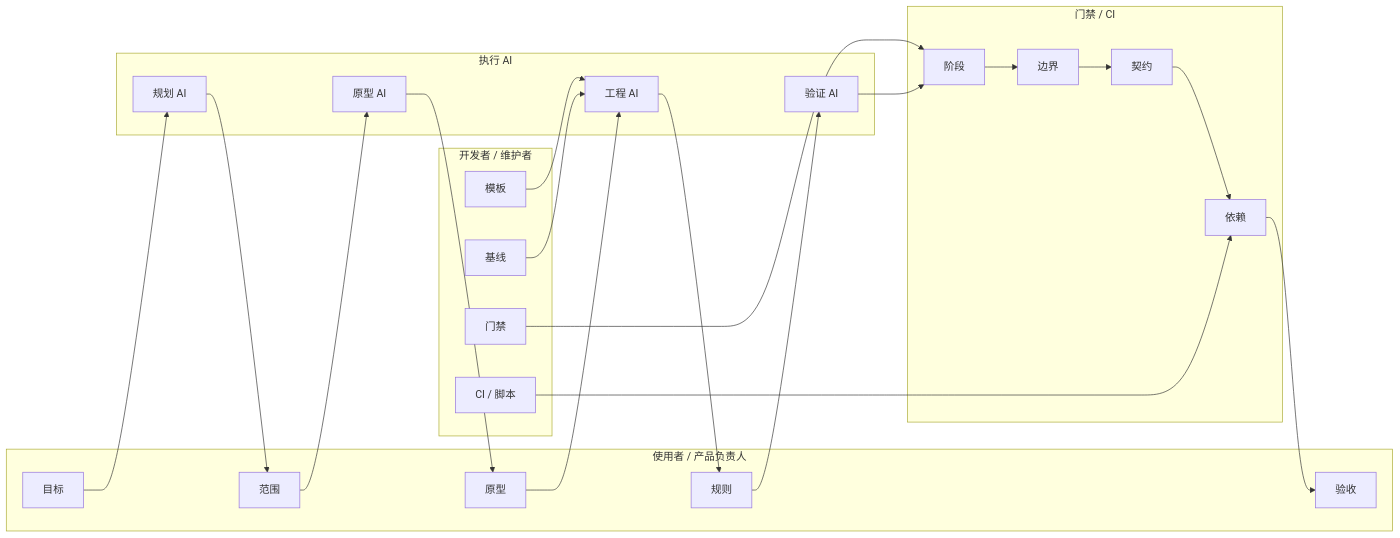
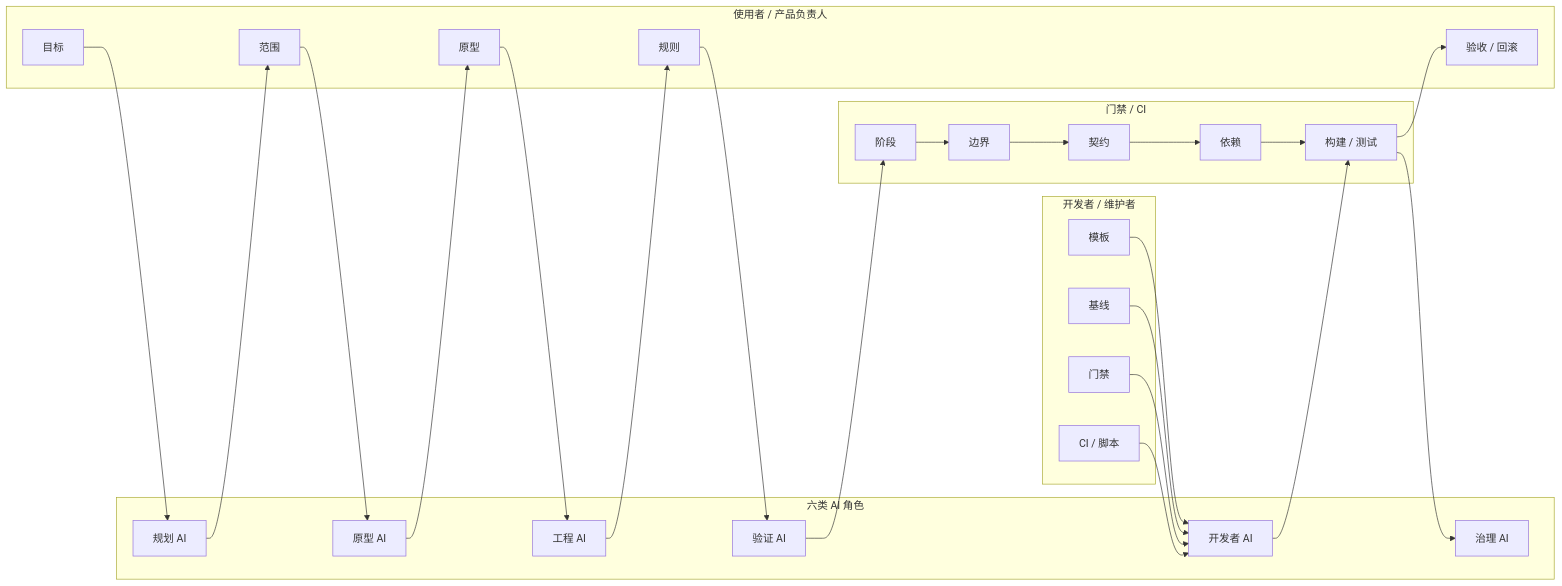
The fourth of 4 diagrams in 文档/控制系统/03_角色版执行与AI可替代性.md (zhidao-studio/ai-product-engineering-in-action), drawn with Mermaid before and after one commit. The commit also changed other lines of this file, not shown here.

````diff
--- a/文档/控制系统/03_角色版执行与AI可替代性.md
+++ b/文档/控制系统/03_角色版执行与AI可替代性.md
@@ -151,37 +160,42 @@
 ```mermaid
 flowchart LR
     subgraph U[使用者 / 产品负责人]
         U1[目标]
         U2[范围]
         U3[原型]
         U4[规则]
-        U5[验收]
+        U5[验收 / 回滚]
+    end
+
+    subgraph A[六类 AI 角色]
+        A1[规划 AI]
+        A2[原型 AI]
+        A3[工程 AI]
+        A4[验证 AI]
+        A5[开发者 AI]
+        A6[治理 AI]
     end
 
     subgraph D[开发者 / 维护者]
         D1[模板]
         D2[基线]
         D3[门禁]
         D4[CI / 脚本]
     end
 
-    subgraph A[执行 AI]
-        A1[规划 AI]
-        A2[原型 AI]
-        A3[工程 AI]
-        A4[验证 AI]
-    end
-
     subgraph C[门禁 / CI]
         C1[阶段]
         C2[边界]
         C3[契约]
         C4[依赖]
+        C5[构建 / 测试]
     end
 
-    U1 --> A1 --> U2 --> A2 --> U3 --> A3 --> U4 --> A4 --> C1 --> C2 --> C3 --> C4 --> U5
-    D1 --> A3
-    D2 --> A3
-    D3 --> C1
-    D4 --> C4
+    U1 --> A1 --> U2 --> A2 --> U3 --> A3 --> U4 --> A4 --> C1 --> C2 --> C3 --> C4 --> C5 --> U5
+    C5 --> A6
+    D1 --> A5
+    D2 --> A5
+    D3 --> A5
+    D4 --> A5
+    A5 --> C5
 ```
````
